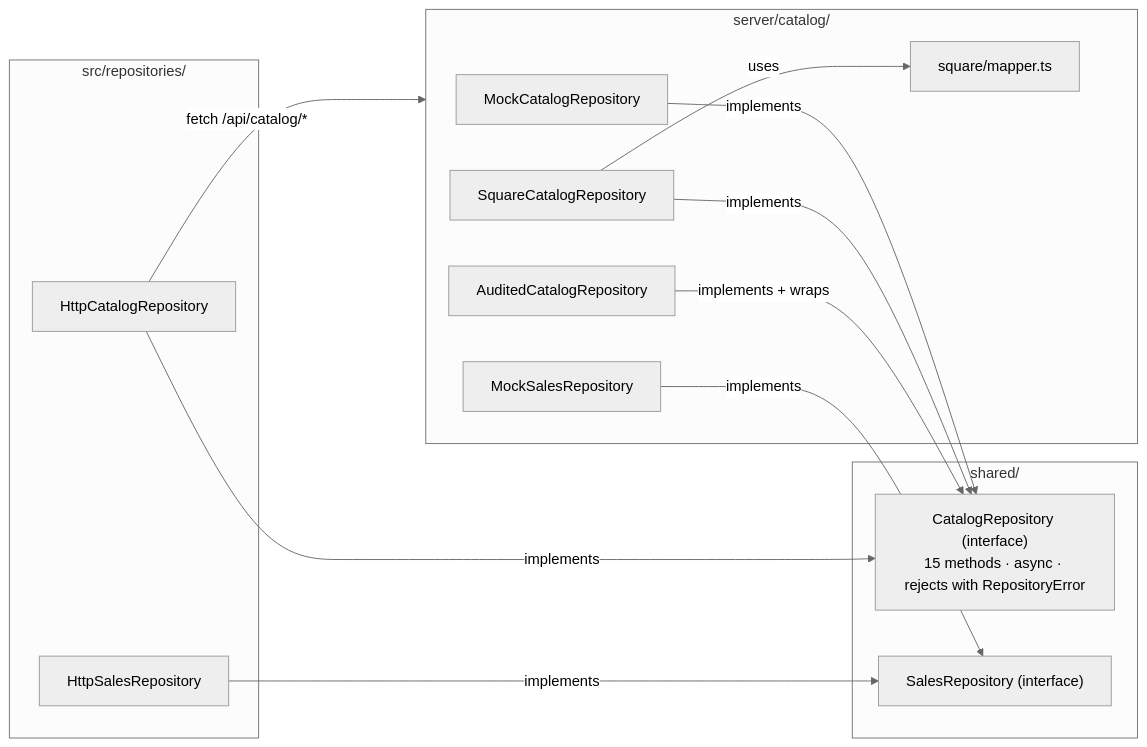
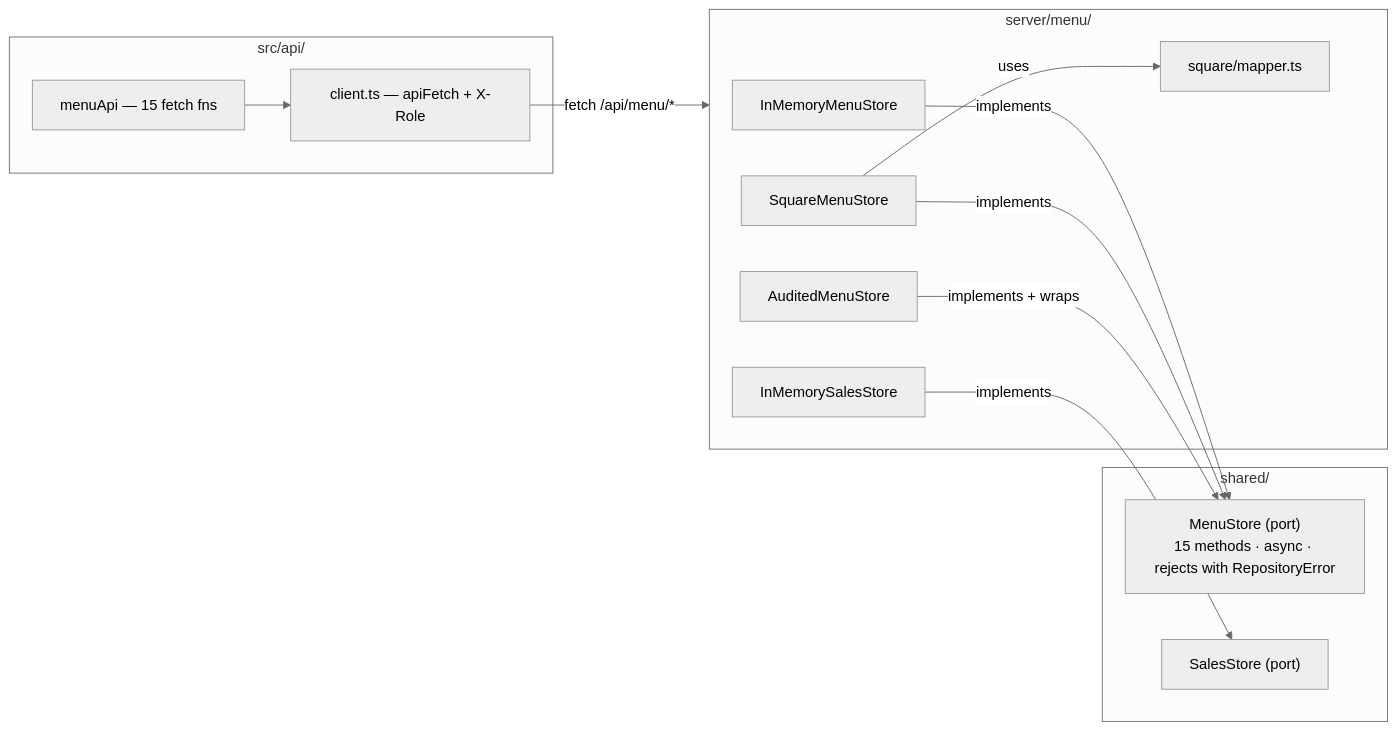
Before and after one commit to daniel-citrus/CapheVietPOS: the fourth of 5 diagrams in ARCHITECTURE.md, drawn with Mermaid (neutral theme). The commit also changed other lines of this file and 49 other files, not shown here.

````diff
--- a/ARCHITECTURE.md
+++ b/ARCHITECTURE.md
@@ -219,19 +218,20 @@
 ```mermaid
 flowchart LR
   subgraph SHARED["shared/"]
-    CI["CatalogRepository (interface)<br/>15 methods · async · rejects with RepositoryError"]
-    SI["SalesRepository (interface)"]
+    PORT["MenuStore (port)<br/>15 methods · async · rejects with RepositoryError"]
+    SS["SalesStore (port)"]
   end
-  subgraph CLIENT["src/repositories/"]
-    HC["HttpCatalogRepository"] -->|implements| CI
-    HS["HttpSalesRepository"] -->|implements| SI
+  subgraph CLIENT["src/api/"]
+    MA["menuApi — 15 fetch fns"]
+    CL["client.ts — apiFetch + X-Role"]
+    MA --> CL
   end
-  subgraph SERVER["server/catalog/"]
-    MC["MockCatalogRepository"] -->|implements| CI
-    SC["SquareCatalogRepository"] -->|implements| CI
-    AC["AuditedCatalogRepository"] -->|implements + wraps| CI
-    MS["MockSalesRepository"] -->|implements| SI
-    SC -->|uses| MAP["square/mapper.ts"]
+  subgraph SERVER["server/menu/"]
+    MEM["InMemoryMenuStore"] -->|implements| PORT
+    SQ["SquareMenuStore"] -->|implements| PORT
+    AUD["AuditedMenuStore"] -->|"implements + wraps"| PORT
+    MEMS["InMemorySalesStore"] -->|implements| SS
+    SQ -->|uses| MAP["square/mapper.ts"]
   end
-  HC -->|"fetch /api/catalog/*"| SERVER
+  CL -->|"fetch /api/menu/*"| SERVER
 ```
````
